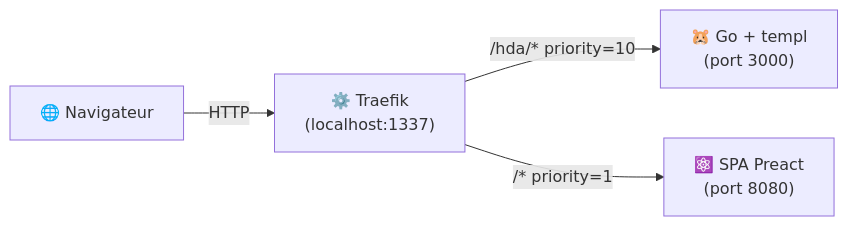
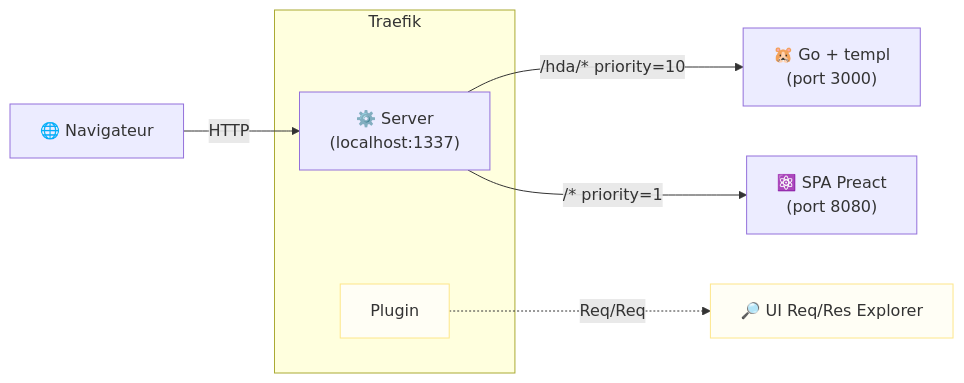
One commit to StephaneTrebel/htmx-de-maniere-simplix changed the second of 2 diagrams in presentation/slides/30-migration.md. Above: the diagram before and after it, drawn with Mermaid.

Commit message:
docs(slides): rework infrastructure diagram with Traefik subgraph and Plugin/UI styling

````diff
--- a/presentation/slides/30-migration.md
+++ b/presentation/slides/30-migration.md
@@ -32,11 +32,18 @@
 ```mermaid
 flowchart LR
     Browser["🌐 Navigateur"]
-    Traefik["⚙️ Traefik<br/>(localhost:1337)"]
+    Browser -->|"HTTP"| Server
+    subgraph Traefik
+        Plugin
+        Server["⚙️ Server<br/>(localhost:1337)"]
+    end
+    Plugin -.->|"Req/Req"| UI["🔎 UI Req/Res Explorer"]
     Go["🐹 Go + templ<br/>(port 3000)"]
     SPA["⚛️ SPA Preact<br/>(port 8080)"]
 
-    Browser -->|"HTTP"| Traefik
-    Traefik -->|"/hda/*  priority=10"| Go
-    Traefik -->|"/*      priority=1"| SPA
+    Server -->|"/hda/*  priority=10"| Go
+    Server -->|"/*      priority=1"| SPA
+
+    classDef observation fill:#fffef5,stroke:#fde68a,color:#333
+    class Plugin,UI observation
 ```
````
